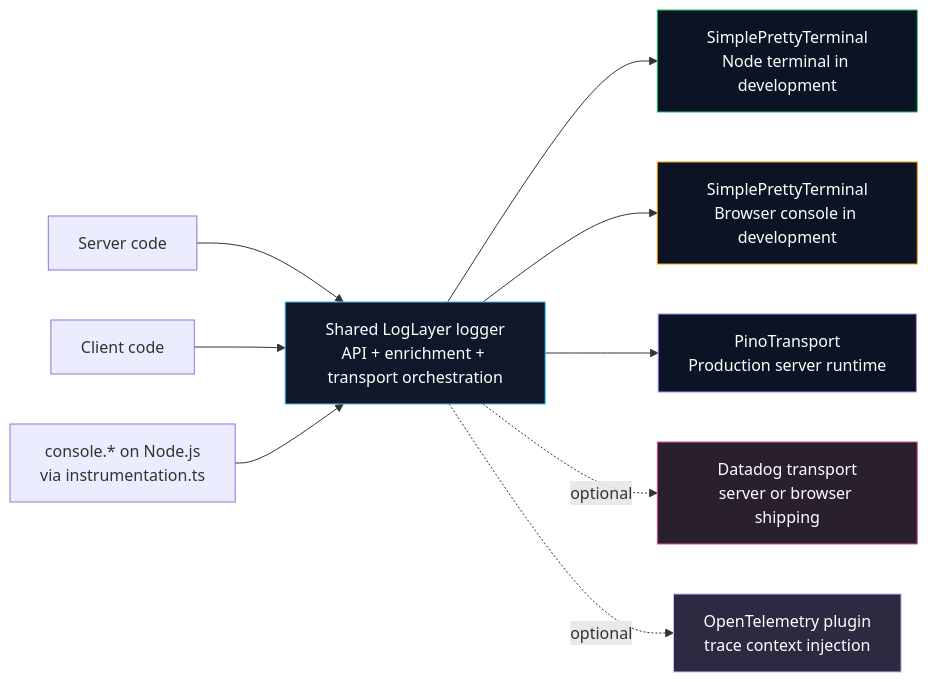
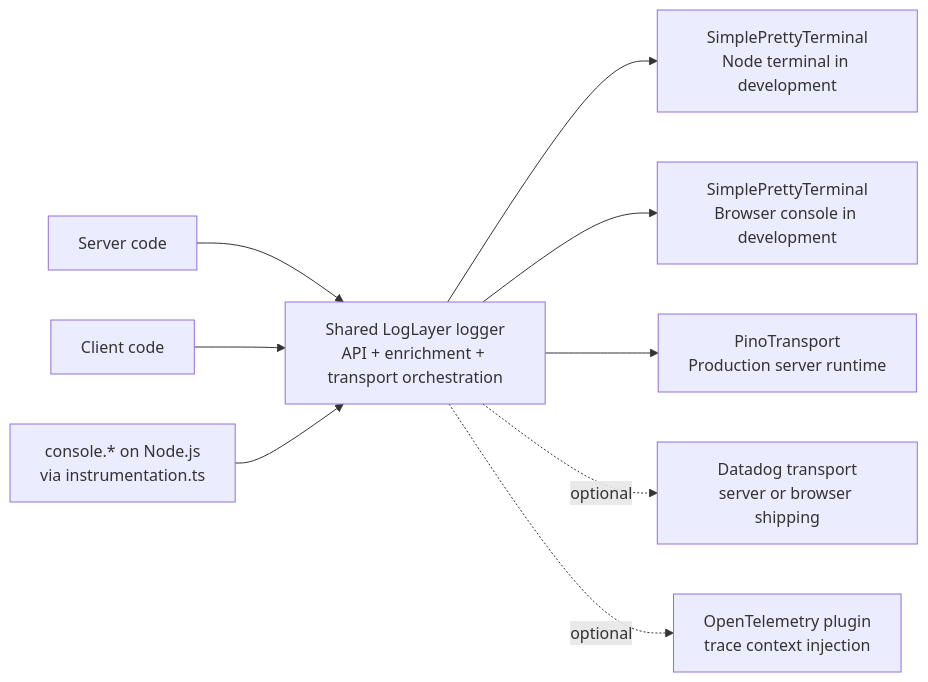
The diagram in src/app/posts/logging-nextjs-loglayer-instrumentation-console-override-structured-logs/page.mdx (yurimutti/yurimutti.com), drawn with Mermaid before and after one commit. The commit also changed other lines of this file and 6 other files, not shown here.

````diff
--- a/src/app/posts/logging-nextjs-loglayer-instrumentation-console-override-structured-logs/page.mdx
+++ b/src/app/posts/logging-nextjs-loglayer-instrumentation-console-override-structured-logs/page.mdx
@@ -77,20 +84,13 @@
 ```mermaid
 flowchart LR
     A["Server code"] --> D["Shared LogLayer logger<br/>API + enrichment + transport orchestration"]
     B["Client code"] --> D
     C["console.* on Node.js<br/>via instrumentation.ts"] --> D
 
     D --> E["SimplePrettyTerminal<br/>Node terminal in development"]
     D --> F["SimplePrettyTerminal<br/>Browser console in development"]
     D --> G["PinoTransport<br/>Production server runtime"]
 
     D -. optional .-> H["Datadog transport<br/>server or browser shipping"]
     D -. optional .-> I["OpenTelemetry plugin<br/>trace context injection"]
-
-    style D fill:#0f172a,stroke:#38bdf8,color:#fff
-    style E fill:#0b1324,stroke:#22c55e,color:#fff
-    style F fill:#0b1324,stroke:#f59e0b,color:#fff
-    style G fill:#0b1324,stroke:#a78bfa,color:#fff
-    style H fill:#2A1F2F,stroke:#D65C99,color:#fff
-    style I fill:#2C2940,stroke:#B8C0FF,color:#fff
 ```
````
